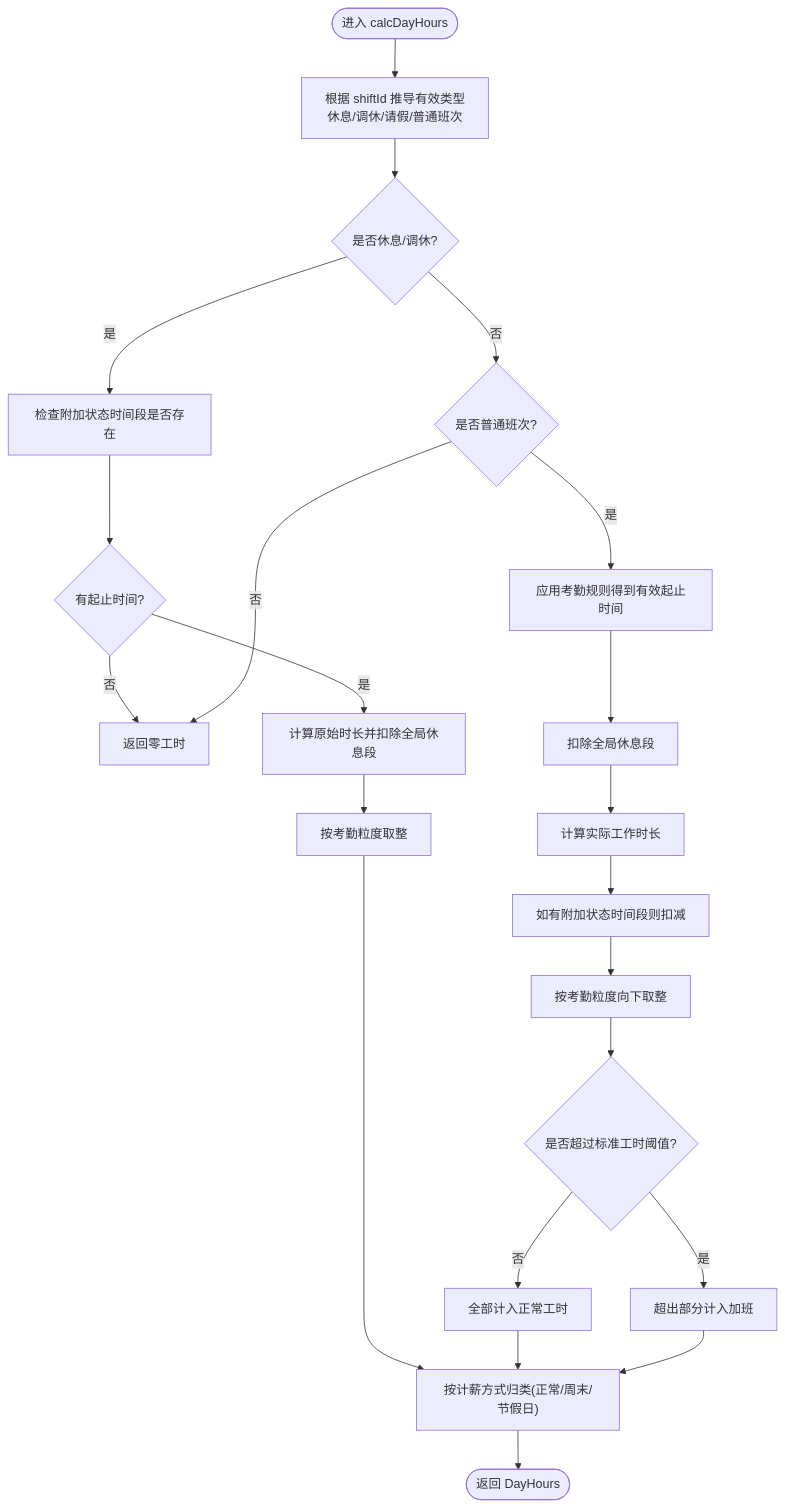
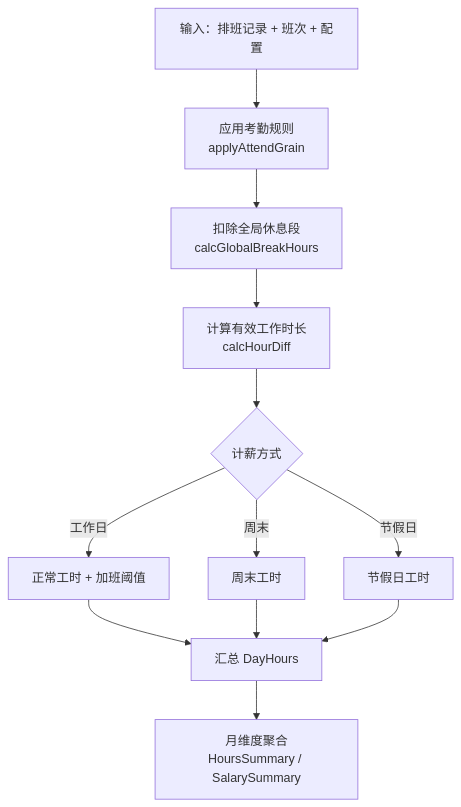
Before and after one commit to xiaobai860/paibanrili: the fifth of 7 diagrams in .qoder/repowiki/zh/content/项目概述.md, drawn with Mermaid. The commit also changed other lines of this file and 245 other files, not shown here.

````diff
--- a/.qoder/repowiki/zh/content/项目概述.md
+++ b/.qoder/repowiki/zh/content/项目概述.md
@@ -268,24 +240,14 @@
 ```mermaid
 flowchart TD
-Start(["进入 calcDayHours"]) --> ResolveType["根据 shiftId 推导有效类型<br/>休息/调休/请假/普通班次"]
-ResolveType --> IsRestSwap{"是否休息/调休?"}
-IsRestSwap --> |是| CheckStatus["检查附加状态时间段是否存在"]
-CheckStatus --> HasTime{"有起止时间?"}
-HasTime --> |否| ReturnZero["返回零工时"]
-HasTime --> |是| CalcRaw["计算原始时长并扣除全局休息段"]
-CalcRaw --> ApplyGrain["按考勤粒度取整"]
-ApplyGrain --> ModeClassify["按计薪方式归类(正常/周末/节假日)"]
-ModeClassify --> End(["返回 DayHours"])
-IsRestSwap --> |否| IsShift{"是否普通班次?"}
-IsShift --> |否| ReturnZero
-IsShift --> |是| EffectiveTimes["应用考勤规则得到有效起止时间"]
-EffectiveTimes --> BreakDeduct["扣除全局休息段"]
-BreakDeduct --> Worked["计算实际工作时长"]
-Worked --> StatusDeduct["如有附加状态时间段则扣减"]
-StatusDeduct --> GrainFloor["按考勤粒度向下取整"]
-GrainFloor --> ThresholdCheck{"是否超过标准工时阈值?"}
-ThresholdCheck --> |否| NormalOnly["全部计入正常工时"]
-ThresholdCheck --> |是| Split["超出部分计入加班"]
-NormalOnly --> ModeClassify
-Split --> ModeClassify
+A["输入：排班记录 + 班次 + 配置"] --> B["应用考勤规则<br/>applyAttendGrain"]
+B --> C["扣除全局休息段<br/>calcGlobalBreakHours"]
+C --> D["计算有效工作时长<br/>calcHourDiff"]
+D --> E{"计薪方式"}
+E --> |工作日| F["正常工时 + 加班阈值"]
+E --> |周末| G["周末工时"]
+E --> |节假日| H["节假日工时"]
+F --> I["汇总 DayHours"]
+G --> I
+H --> I
+I --> J["月维度聚合<br/>HoursSummary / SalarySummary"]
 ```
````
